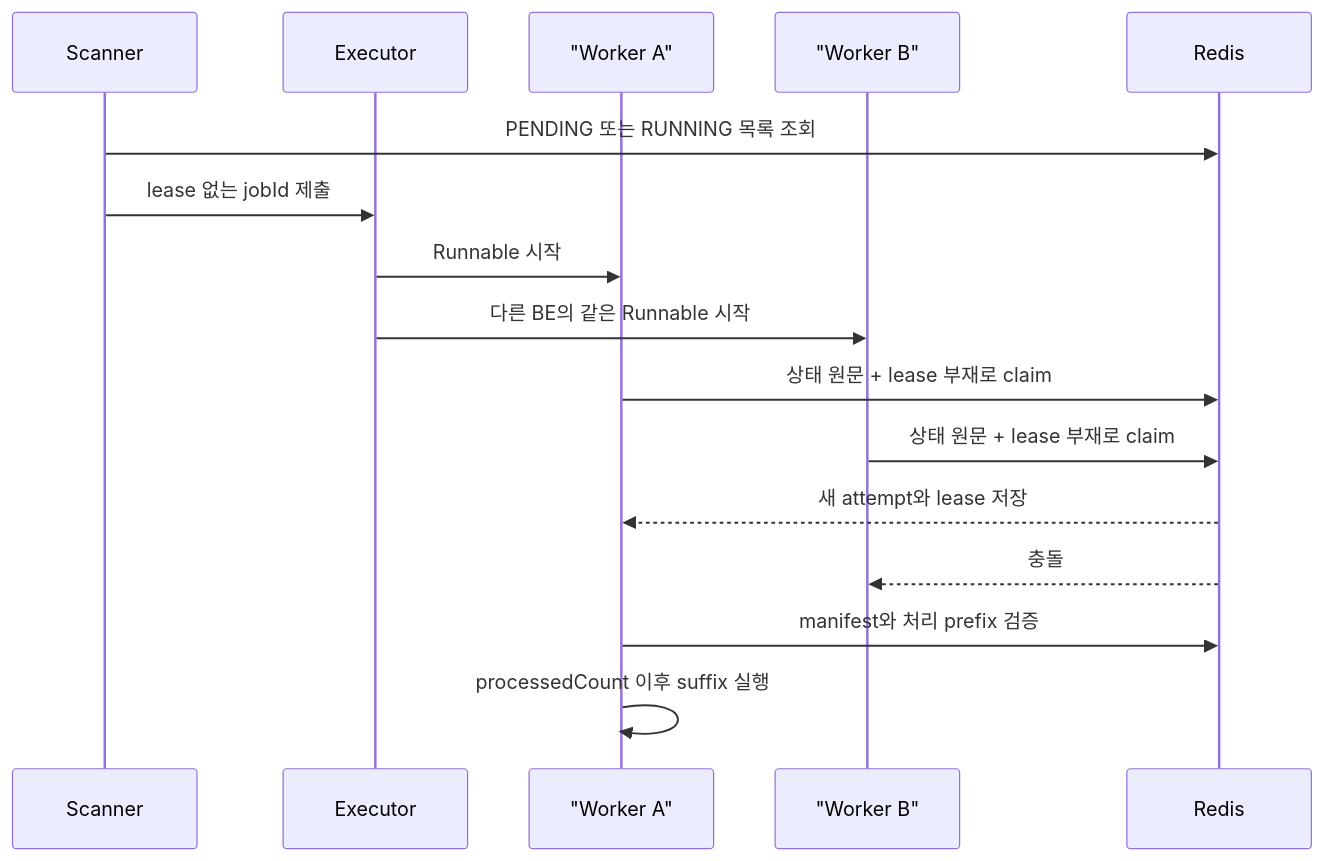
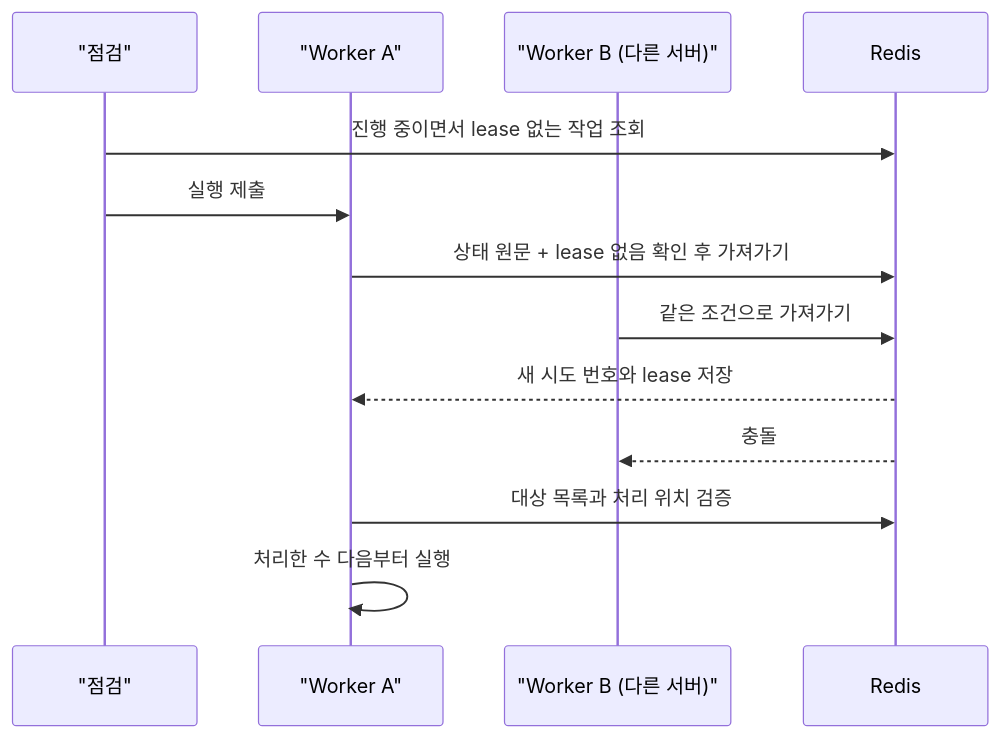
The diagram in DOCS/refactoring/be-refactor/PHASE_6M_B_CRAWLER_WORKER_TAKEOVER.md (didim-log/didim-log-BE), drawn with Mermaid before and after one commit. The commit also changed other lines of this file and 46 other files, not shown here.

````diff
--- a/DOCS/refactoring/be-refactor/PHASE_6M_B_CRAWLER_WORKER_TAKEOVER.md
+++ b/DOCS/refactoring/be-refactor/PHASE_6M_B_CRAWLER_WORKER_TAKEOVER.md
@@ -22,19 +31,16 @@
 ```mermaid
 sequenceDiagram
-    participant Scanner
-    participant Executor
+    participant Scanner as "점검"
     participant WorkerA as "Worker A"
-    participant WorkerB as "Worker B"
+    participant WorkerB as "Worker B (다른 서버)"
     participant Redis
 
-    Scanner->>Redis: PENDING 또는 RUNNING 목록 조회
-    Scanner->>Executor: lease 없는 jobId 제출
-    Executor->>WorkerA: Runnable 시작
-    Executor->>WorkerB: 다른 BE의 같은 Runnable 시작
-    WorkerA->>Redis: 상태 원문 + lease 부재로 claim
-    WorkerB->>Redis: 상태 원문 + lease 부재로 claim
-    Redis-->>WorkerA: 새 attempt와 lease 저장
+    Scanner->>Redis: 진행 중이면서 lease 없는 작업 조회
+    Scanner->>WorkerA: 실행 제출
+    WorkerA->>Redis: 상태 원문 + lease 없음 확인 후 가져가기
+    WorkerB->>Redis: 같은 조건으로 가져가기
+    Redis-->>WorkerA: 새 시도 번호와 lease 저장
     Redis-->>WorkerB: 충돌
-    WorkerA->>Redis: manifest와 처리 prefix 검증
-    WorkerA->>WorkerA: processedCount 이후 suffix 실행
+    WorkerA->>Redis: 대상 목록과 처리 위치 검증
+    WorkerA->>WorkerA: 처리한 수 다음부터 실행
 ```
````
